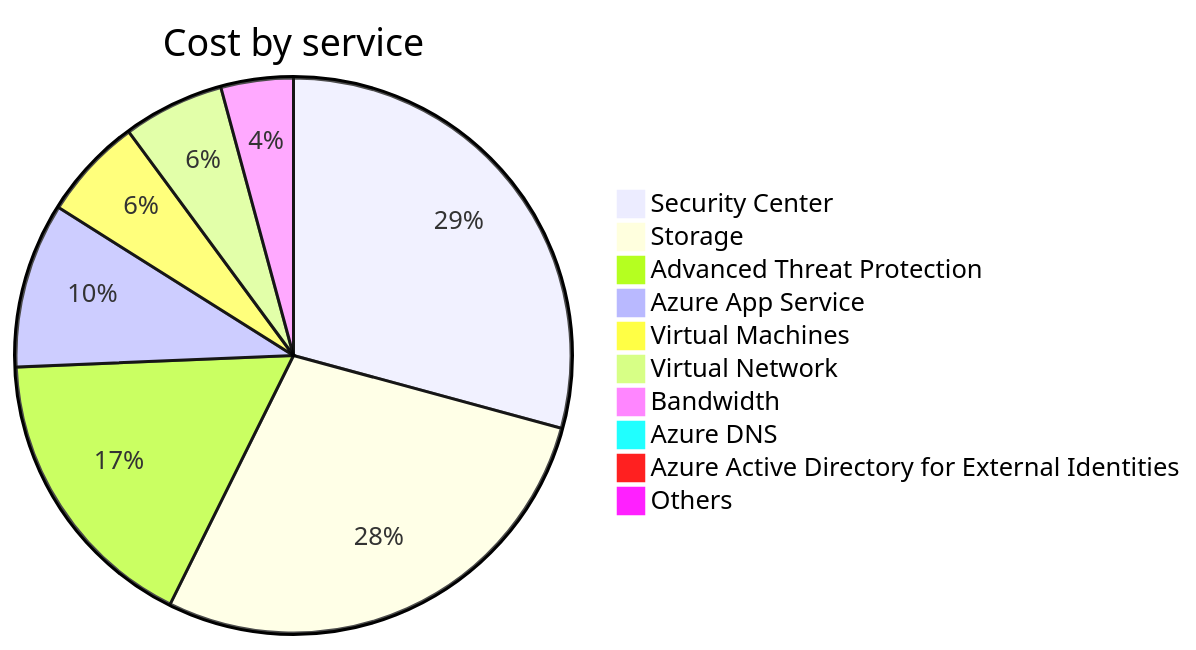
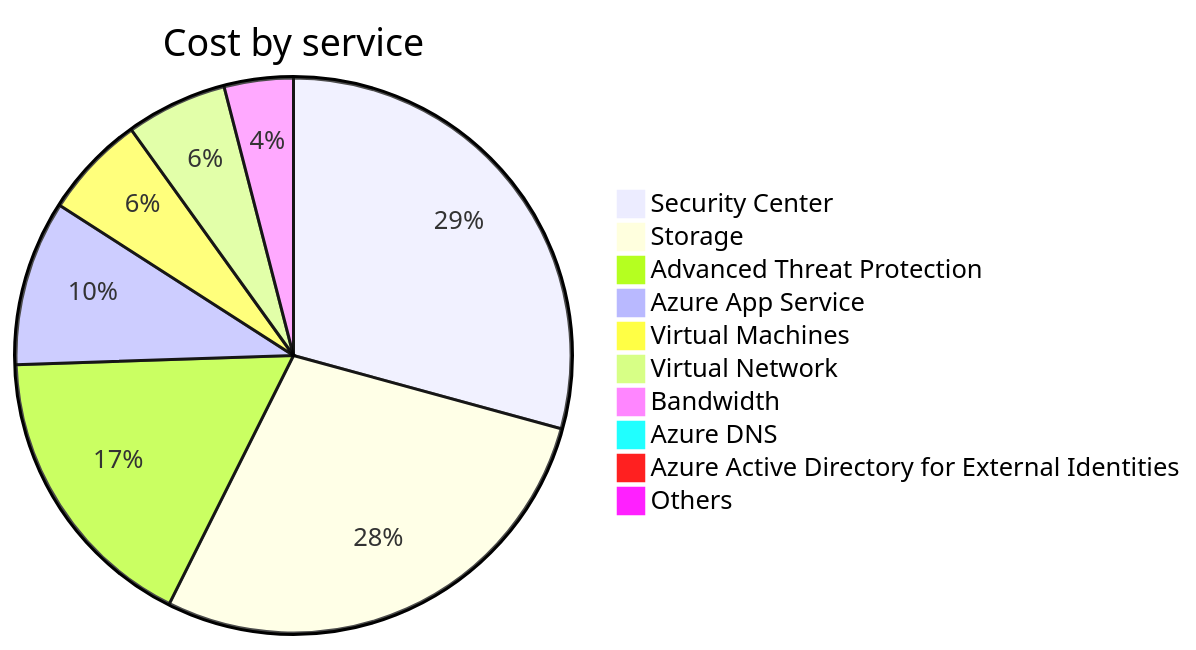
The second of 4 diagrams in cost-reports/accumulated-cost.md (jpfulton/azure-personal-reports), drawn with Mermaid before and after one commit. The commit also changed other lines of this file and 2 other files, not shown here.

````diff
--- a/cost-reports/accumulated-cost.md
+++ b/cost-reports/accumulated-cost.md
@@ -102,14 +102,14 @@
 ```mermaid
 pie
    title Cost by service
-   "Security Center" : 18.66
-   "Storage" : 17.95
-   "Advanced Threat Protection" : 10.86
-   "Azure App Service" : 6.14
-   "Virtual Machines" : 3.80
-   "Virtual Network" : 3.76
+   "Security Center" : 19.56
+   "Storage" : 18.81
+   "Advanced Threat Protection" : 11.43
+   "Azure App Service" : 6.43
+   "Virtual Machines" : 4.01
+   "Virtual Network" : 3.94
    "Bandwidth" : 2.69
-   "Azure DNS" : 0.51
+   "Azure DNS" : 0.53
    "Azure Active Directory for External Identities" : 0.00
    "Others" : 0.00
 ```
````
